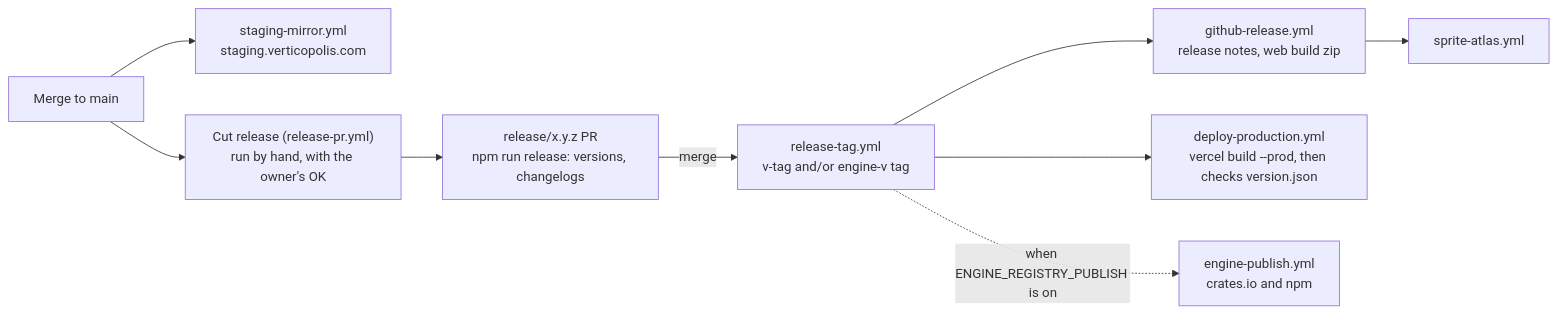
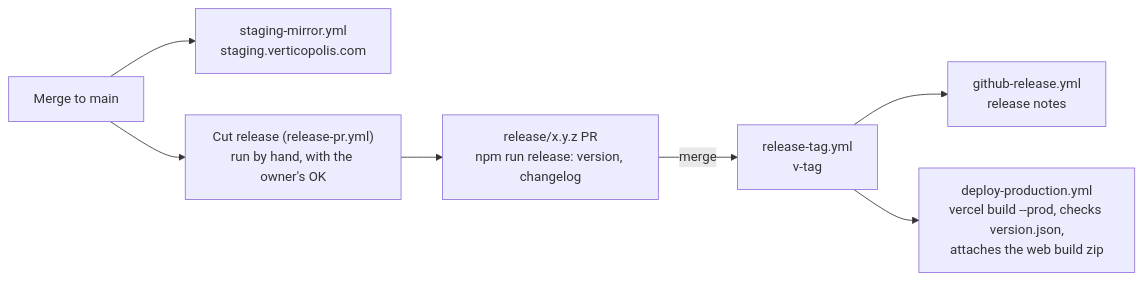
The second of 2 diagrams in docs/ci/pipeline.md (maniator/verticopolis), drawn with Mermaid before and after one commit. The commit also changed other lines of this file and 1806 other files, not shown here.

First line of the commit message:
Build the game from the engine and components packages

````diff
--- a/docs/ci/pipeline.md
+++ b/docs/ci/pipeline.md
@@ -111,11 +94,9 @@
 ```mermaid
 flowchart LR
     Main["Merge to main"] --> Staging["staging-mirror.yml<br/>staging.verticopolis.com"]
     Main --> Cut["Cut release (release-pr.yml)<br/>run by hand, with the owner's OK"]
-    Cut --> RPR["release/x.y.z PR<br/>npm run release: versions, changelogs"]
-    RPR -->|merge| Tag["release-tag.yml<br/>v-tag and/or engine-v tag"]
-    Tag --> GHR["github-release.yml<br/>release notes, web build zip"]
-    GHR --> Atlas["sprite-atlas.yml"]
-    Tag --> Deploy["deploy-production.yml<br/>vercel build --prod, then checks version.json"]
-    Tag -.->|"when ENGINE_REGISTRY_PUBLISH is on"| Publish["engine-publish.yml<br/>crates.io and npm"]
+    Cut --> RPR["release/x.y.z PR<br/>npm run release: version, changelog"]
+    RPR -->|merge| Tag["release-tag.yml<br/>v-tag"]
+    Tag --> GHR["github-release.yml<br/>release notes"]
+    Tag --> Deploy["deploy-production.yml<br/>vercel build --prod, checks version.json,<br/>attaches the web build zip"]
 ```
````
